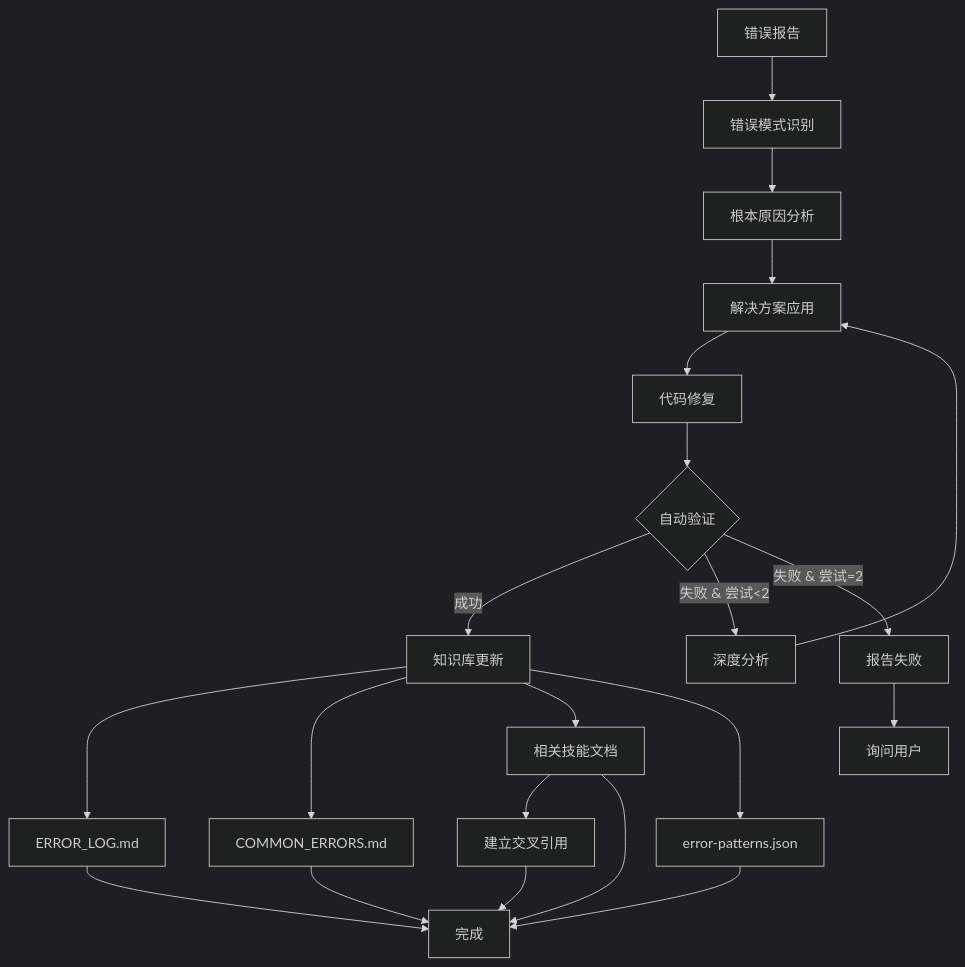
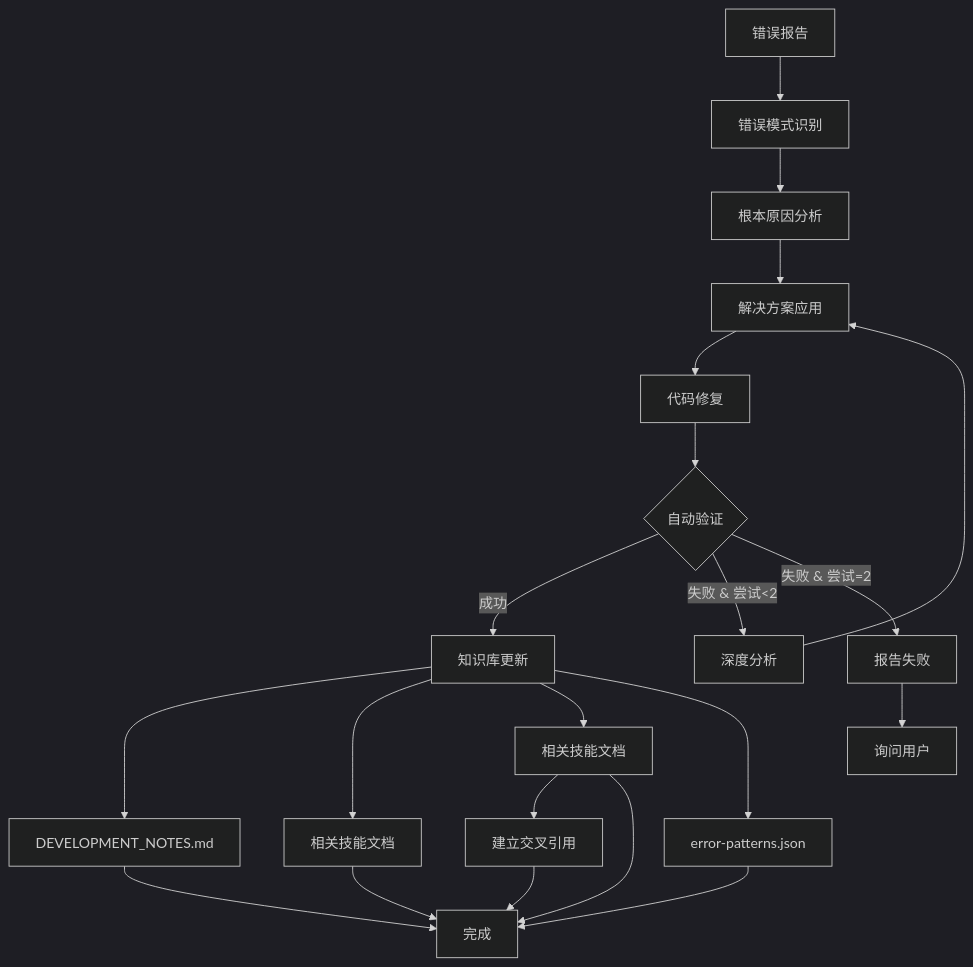
The diagram in dev/ai/skills/error-learning/SKILL.md (Aiweline/WelineFramework), drawn with Mermaid (dark theme) before and after one commit. The commit also changed other lines of this file and 13 other files, not shown here.

````diff
--- a/dev/ai/skills/error-learning/SKILL.md
+++ b/dev/ai/skills/error-learning/SKILL.md
@@ -230,23 +230,23 @@
 ```mermaid
 graph TD
     A[错误报告] --> B[错误模式识别]
     B --> C[根本原因分析]
     C --> D[解决方案应用]
     D --> E[代码修复]
     E --> F{自动验证}
     F -->|成功| G[知识库更新]
     F -->|失败 & 尝试<2| H[深度分析]
     H --> D
     F -->|失败 & 尝试=2| I[报告失败]
     I --> J[询问用户]
-    G --> K[ERROR_LOG.md]
-    G --> L[COMMON_ERRORS.md]
+    G --> K[DEVELOPMENT_NOTES.md]
+    G --> L[相关技能文档]
     G --> M[相关技能文档]
     G --> N[error-patterns.json]
     M --> O[建立交叉引用]
     K --> P[完成]
     L --> P
     M --> P
     N --> P
     O --> P
 ```
````
